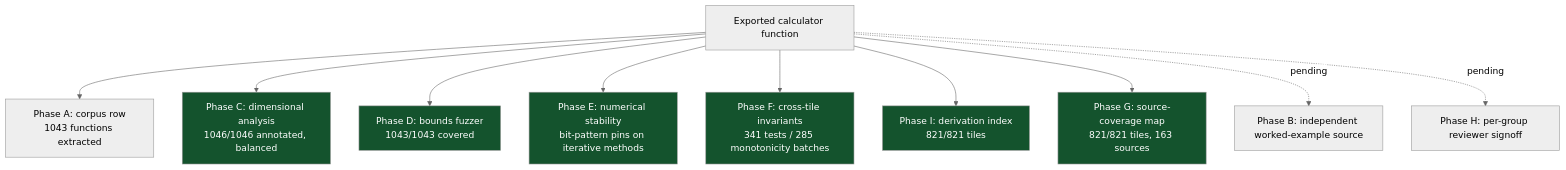
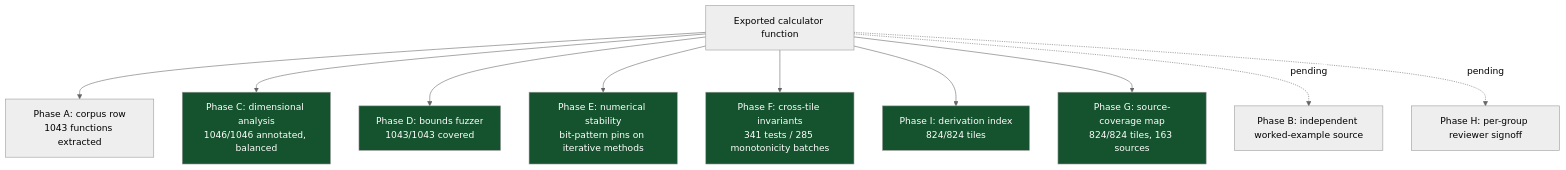
One commit to clay-good/roughlogic.com changed the sixth of 8 diagrams in README.md. Above: the diagram before and after it, drawn with Mermaid (neutral theme). The commit also changed other lines of this file and 19 other files, not shown here.

````diff
--- a/README.md
+++ b/README.md
@@ -519,18 +519,18 @@
 ```mermaid
 flowchart TB
     F[Exported calculator function] --> A[Phase A: corpus row\n1043 functions extracted]
     F --> C[Phase C: dimensional analysis\n1046/1046 annotated, balanced]
     F --> D[Phase D: bounds fuzzer\n1043/1043 covered]
     F --> E[Phase E: numerical stability\nbit-pattern pins on iterative methods]
     F --> Fa[Phase F: cross-tile invariants\n341 tests / 285 monotonicity batches]
-    F --> I[Phase I: derivation index\n821/821 tiles]
-    F --> G[Phase G: source-coverage map\n821/821 tiles, 163 sources]
+    F --> I[Phase I: derivation index\n824/824 tiles]
+    F --> G[Phase G: source-coverage map\n824/824 tiles, 163 sources]
     F -.pending.-> B[Phase B: independent worked-example source]
     F -.pending.-> H[Phase H: per-group reviewer signoff]
     style C fill:#14532d,color:#fff
     style D fill:#14532d,color:#fff
     style E fill:#14532d,color:#fff
     style Fa fill:#14532d,color:#fff
     style G fill:#14532d,color:#fff
     style I fill:#14532d,color:#fff
 ```
````
